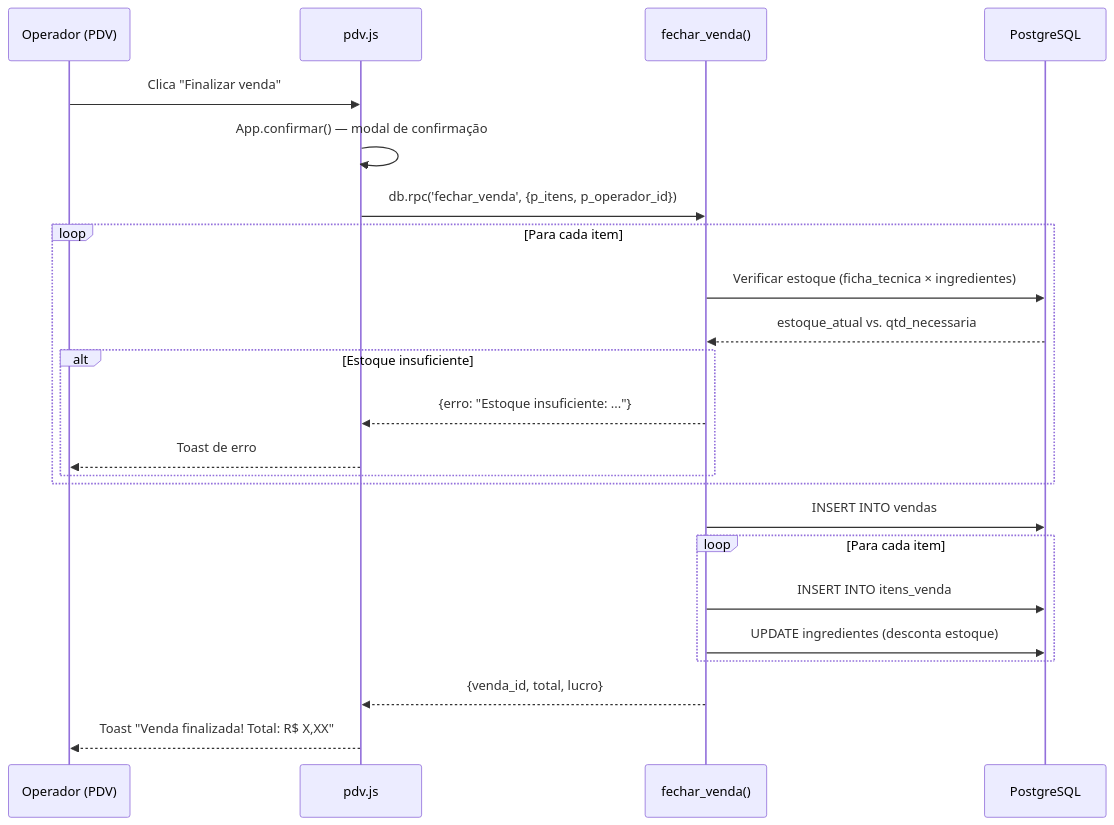
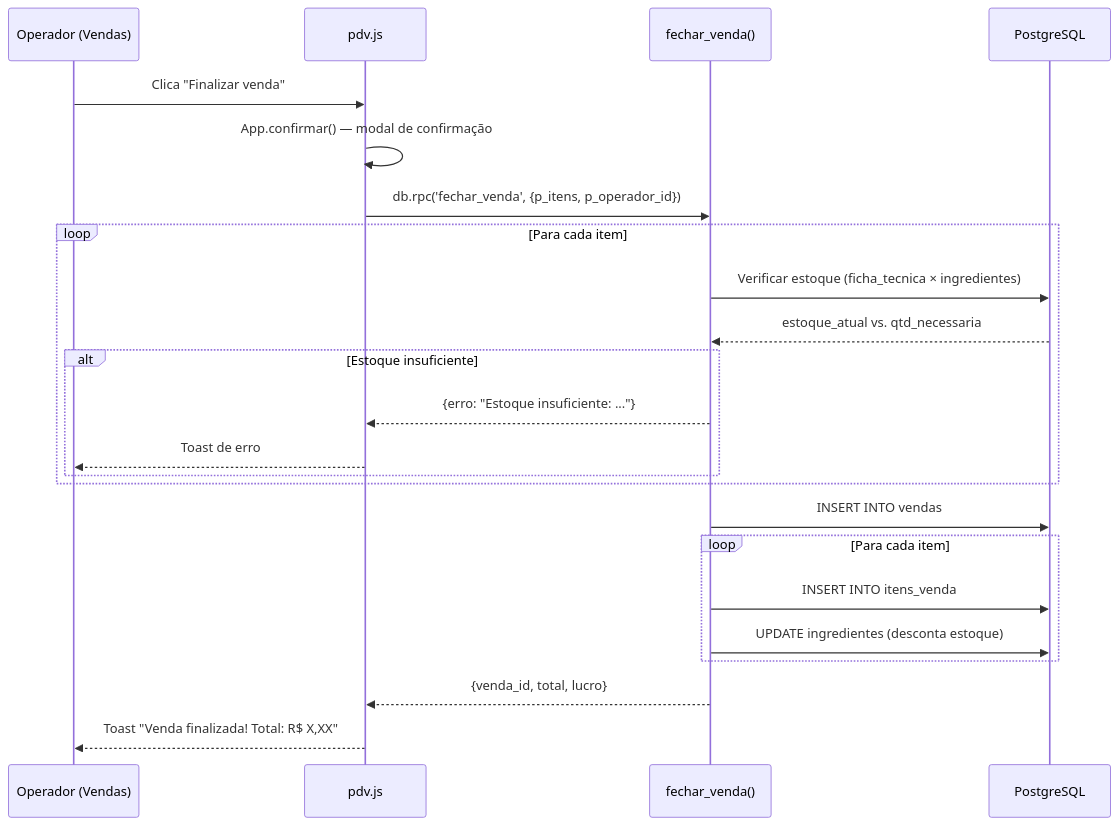
One commit to WilsonLucas/gestao_comercial changed the fifth of 5 diagrams in README.md. Above: the diagram before and after it, drawn with Mermaid. The commit also changed other lines of this file and 7 other files, not shown here.

First line of the commit message:
feat: renomeia PDV para Vendas em menu, paginas, JS e documentacao

````diff
--- a/README.md
+++ b/README.md
@@ -212,29 +212,29 @@
 ```mermaid
 sequenceDiagram
-    participant C as Operador (PDV)
+    participant C as Operador (Vendas)
     participant JS as pdv.js
     participant RPC as fechar_venda()
     participant DB as PostgreSQL
 
     C->>JS: Clica "Finalizar venda"
     JS->>JS: App.confirmar() — modal de confirmação
     JS->>RPC: db.rpc('fechar_venda', {p_itens, p_operador_id})
 
     loop Para cada item
         RPC->>DB: Verificar estoque (ficha_tecnica × ingredientes)
         DB-->>RPC: estoque_atual vs. qtd_necessaria
         alt Estoque insuficiente
             RPC-->>JS: {erro: "Estoque insuficiente: ..."}
             JS-->>C: Toast de erro
         end
     end
 
     RPC->>DB: INSERT INTO vendas
     loop Para cada item
         RPC->>DB: INSERT INTO itens_venda
         RPC->>DB: UPDATE ingredientes (desconta estoque)
     end
 
     RPC-->>JS: {venda_id, total, lucro}
     JS-->>C: Toast "Venda finalizada! Total: R$ X,XX"
 ```
````
